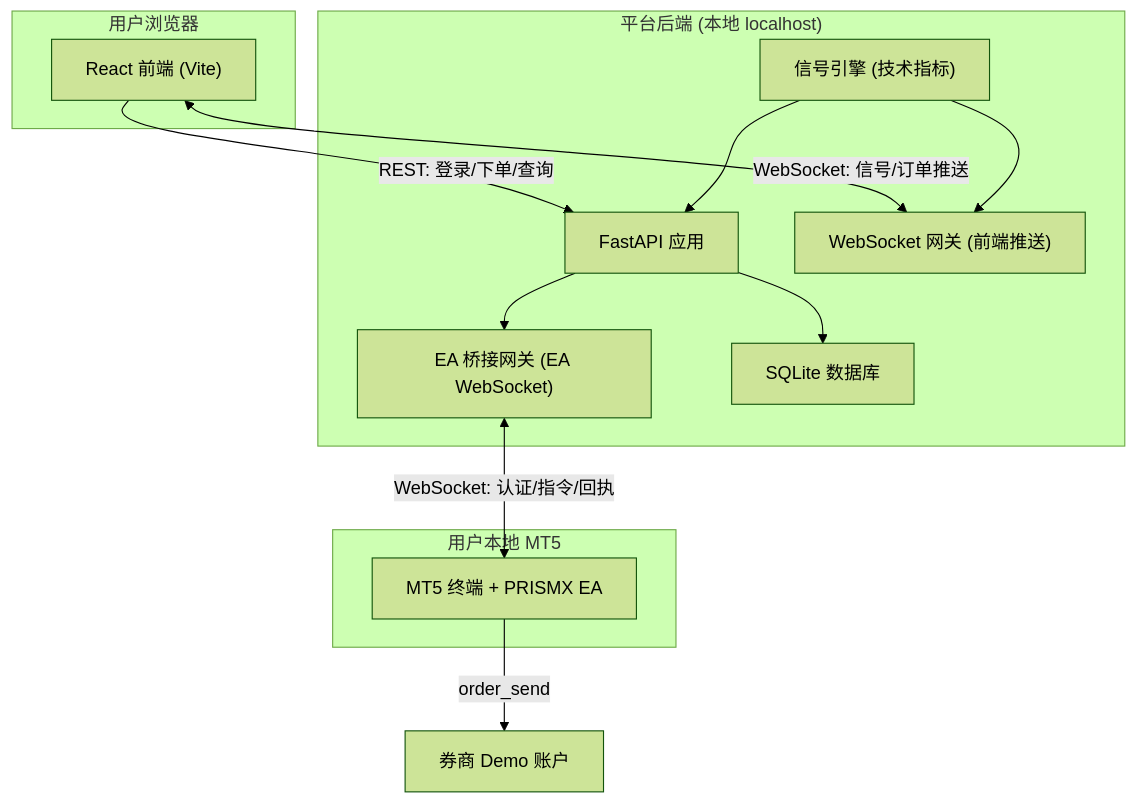
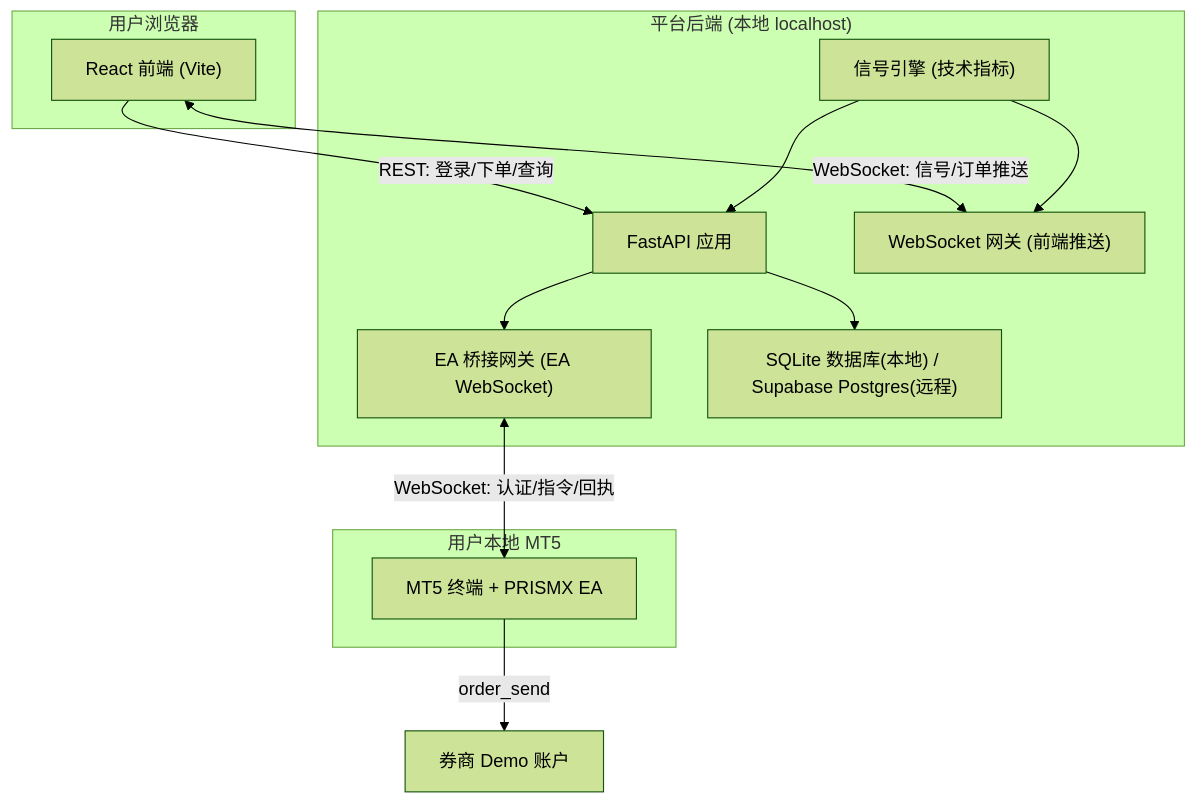
Before and after one commit to PRISMX-TD/PRISMX-SIGNAL-LAB: the first of 3 diagrams in .trae/documents/PRISMX_Signal_Lab_技术架构文档.md, drawn with Mermaid (forest theme). The commit also changed other lines of this file and 1 other file, not shown here.

Commit message:
Update PRD and architecture docs to current deployed state

````diff
--- a/.trae/documents/PRISMX_Signal_Lab_技术架构文档.md
+++ b/.trae/documents/PRISMX_Signal_Lab_技术架构文档.md
@@ -5,27 +35,27 @@
 ```mermaid
 graph TD
     subgraph "用户浏览器"
         A["React 前端 (Vite)"]
     end
 
     subgraph "平台后端 (本地 localhost)"
         B["FastAPI 应用"]
         C["信号引擎 (技术指标)"]
         D["WebSocket 网关 (前端推送)"]
         E["EA 桥接网关 (EA WebSocket)"]
-        F["SQLite 数据库"]
+        F["SQLite 数据库(本地) / Supabase Postgres(远程)"]
     end
 
     subgraph "用户本地 MT5"
         G["MT5 终端 + PRISMX EA"]
     end
 
     A -->|"REST: 登录/下单/查询"| B
     A <-->|"WebSocket: 信号/订单推送"| D
     B --> F
     C --> B
     C --> D
     B --> E
     E <-->|"WebSocket: 认证/指令/回执"| G
     G -->|"order_send"| H["券商 Demo 账户"]
 ```
````
